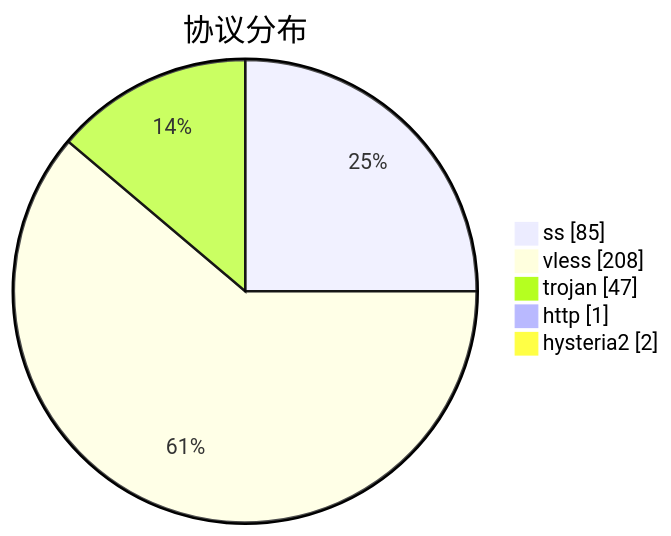
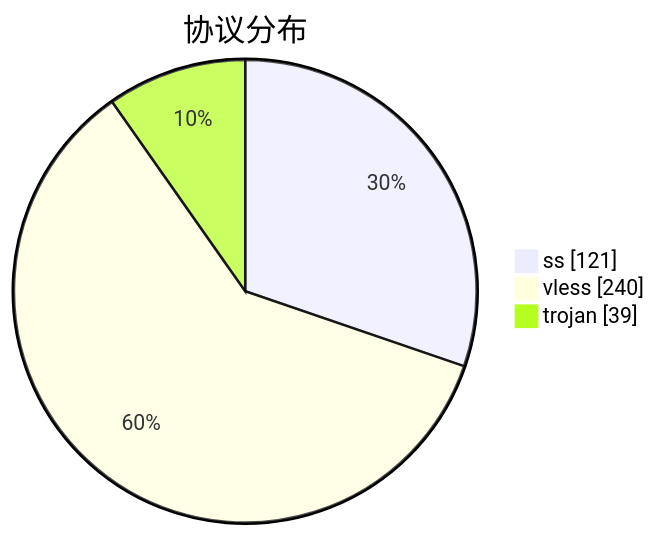
The third of 3 diagrams in subs/statistics/tested_within.md (qjlxg/airport), drawn with Mermaid before and after one commit. The commit also changed other lines of this file and 2 other files, not shown here.

````diff
--- a/subs/statistics/tested_within.md
+++ b/subs/statistics/tested_within.md
@@ -19,9 +19,7 @@
 ```mermaid
 pie showData
 title 协议分布
-"ss" : 85
-"vless" : 208
-"trojan" : 47
-"http" : 1
-"hysteria2" : 2
+"ss" : 121
+"vless" : 240
+"trojan" : 39
 ```
````
